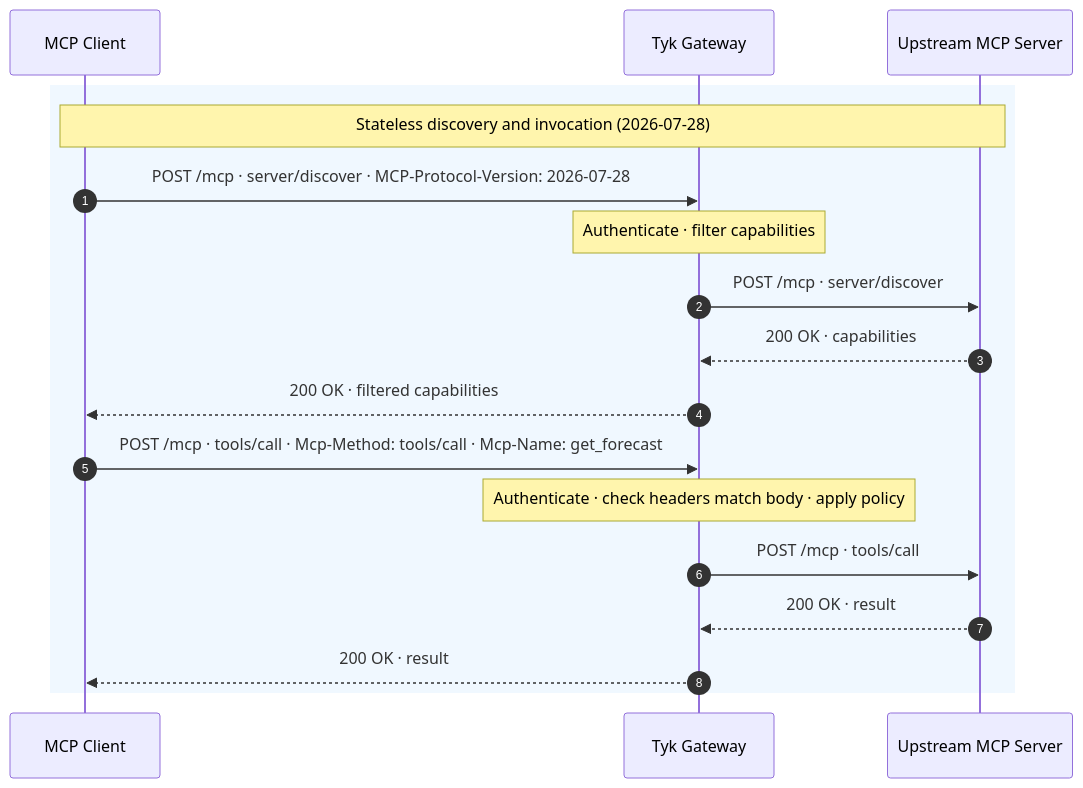
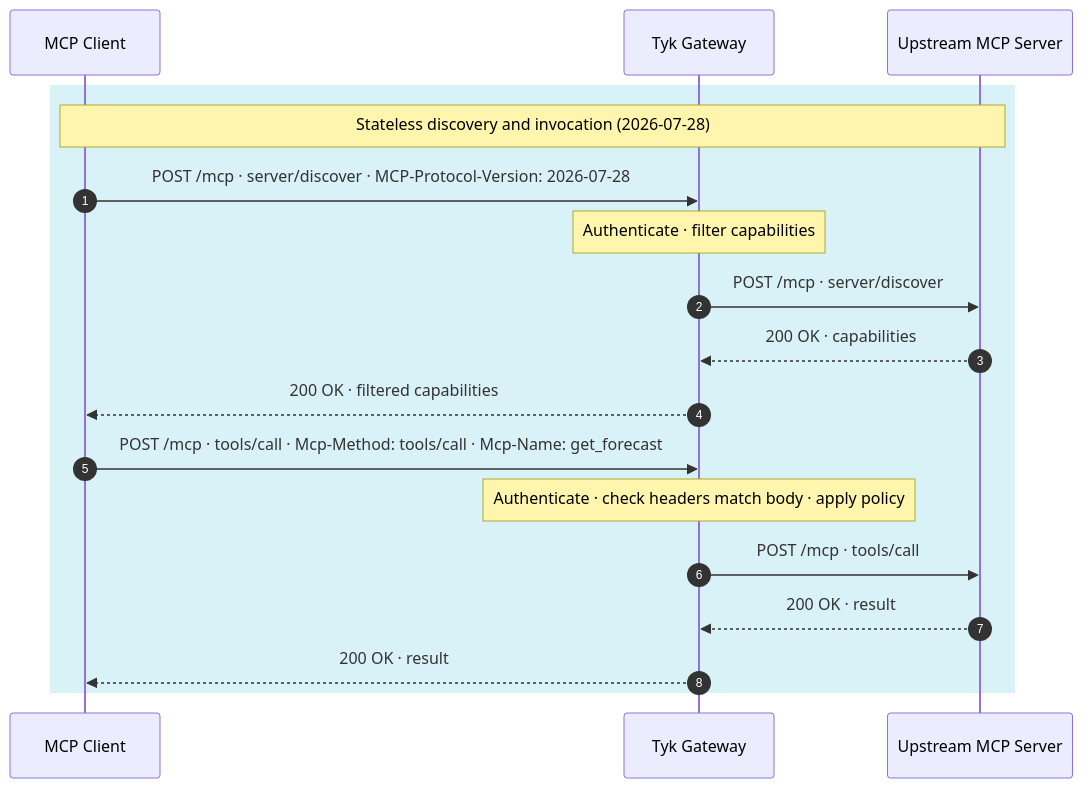
The first of 5 diagrams in ai-management/mcp-gateway/core-concepts.mdx (TykTechnologies/tyk-docs), drawn with Mermaid before and after one commit. The commit also changed other lines of this file, not shown here.

Commit message:
[TT-18006] Make Core Concepts diagrams readable in dark mode

````diff
--- a/ai-management/mcp-gateway/core-concepts.mdx
+++ b/ai-management/mcp-gateway/core-concepts.mdx
@@ -163,21 +163,21 @@
 ```mermaid
 sequenceDiagram
     autonumber
     participant C as MCP Client
     participant T as Tyk Gateway
     participant U as Upstream MCP Server
 
-    rect rgb(240, 248, 255)
+    rect rgba(0, 170, 200, 0.15)
         Note over C,U: Stateless discovery and invocation (2026-07-28)
         C->>T: POST /mcp · server/discover · MCP-Protocol-Version: 2026-07-28
         Note over T: Authenticate · filter capabilities
         T->>U: POST /mcp · server/discover
         U-->>T: 200 OK · capabilities
         T-->>C: 200 OK · filtered capabilities
         C->>T: POST /mcp · tools/call · Mcp-Method: tools/call · Mcp-Name: get_forecast
         Note over T: Authenticate · check headers match body · apply policy
         T->>U: POST /mcp · tools/call
         U-->>T: 200 OK · result
         T-->>C: 200 OK · result
     end
 ```
````
